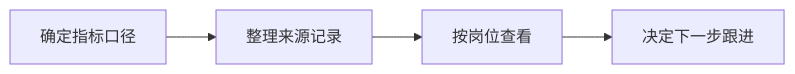
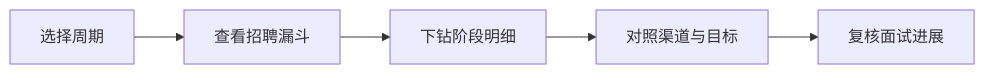
The diagram in cases/dashboard/flow.mmd (sindrewisabella/isabella-ai-workbench), drawn with Mermaid before and after one commit. The commit also changed 28 other files, not shown here.

```diff
--- a/cases/dashboard/flow.mmd
+++ b/cases/dashboard/flow.mmd
@@ -1,6 +1,7 @@
 flowchart LR
-  n0["确定指标口径"]
-  n1["整理来源记录"]
-  n2["按岗位查看"]
-  n3["决定下一步跟进"]
-  n0 --> n1 --> n2 --> n3
+  n0["选择周期"]
+  n1["查看招聘漏斗"]
+  n2["下钻阶段明细"]
+  n3["对照渠道与目标"]
+  n4["复核面试进展"]
+  n0 --> n1 --> n2 --> n3 --> n4
```
